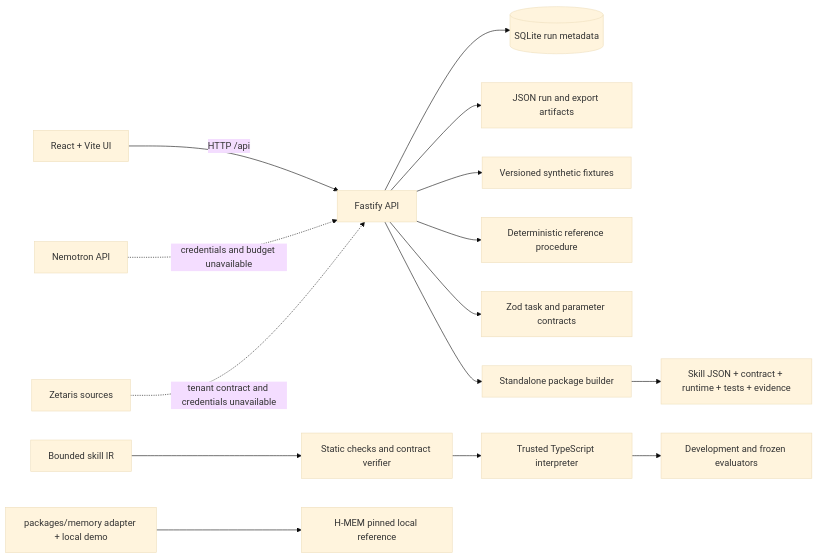
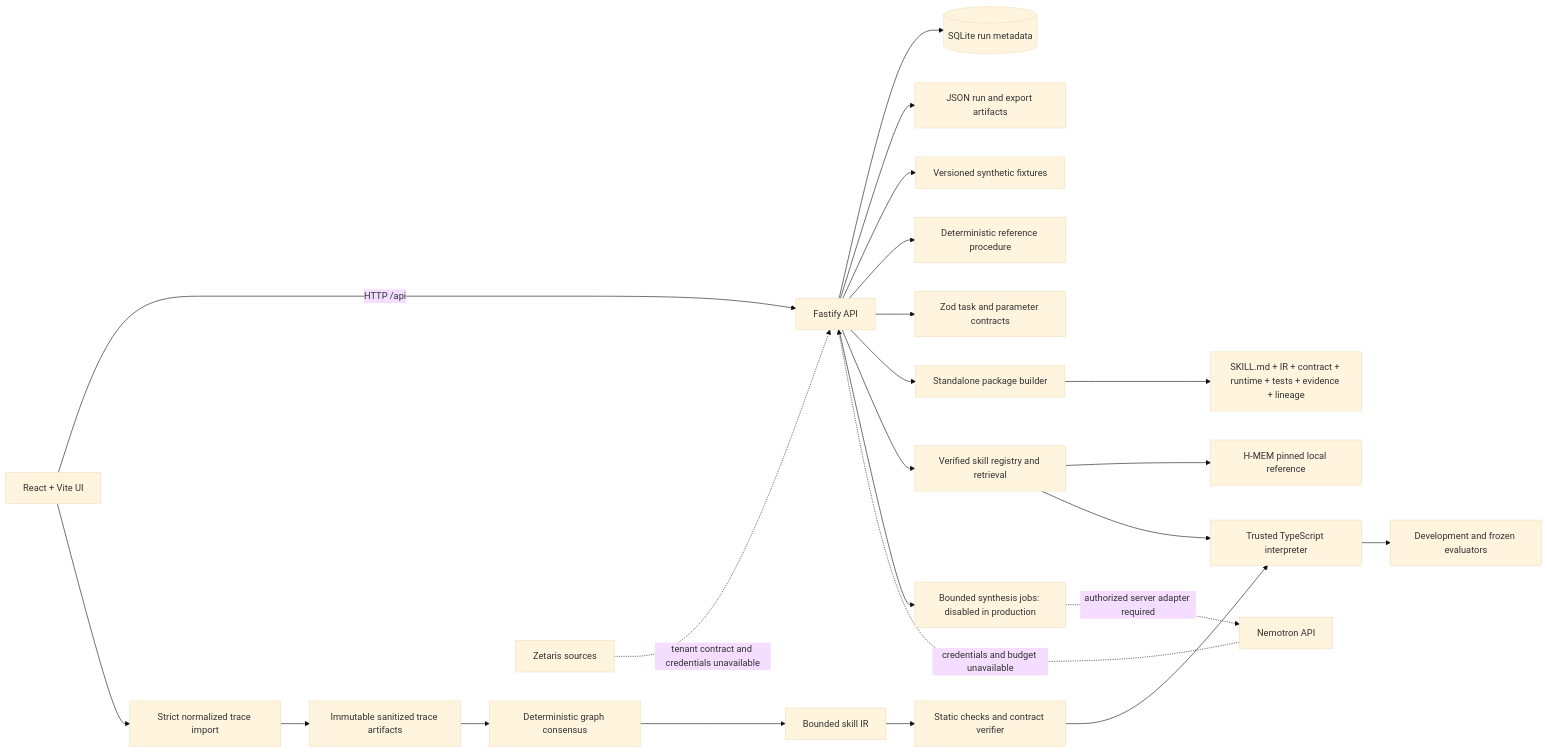
Before and after one commit to SS-360/ember-forge: the diagram in docs/architecture.md, drawn with Mermaid (base theme). The commit also changed other lines of this file and 88 other files, not shown here.

````diff
--- a/docs/architecture.md
+++ b/docs/architecture.md
@@ -5,17 +5,25 @@
 ```mermaid
 flowchart LR
   UI[React + Vite UI] -->|HTTP /api| API[Fastify API]
   API --> DB[(SQLite run metadata)]
   API --> ART[JSON run and export artifacts]
   API --> FIX[Versioned synthetic fixtures]
   API --> ORACLE[Deterministic reference procedure]
   API --> CONTRACT[Zod task and parameter contracts]
+  UI --> IMPORT[Strict normalized trace import]
+  IMPORT --> TRACES[Immutable sanitized trace artifacts]
+  TRACES --> ASSEMBLY[Deterministic graph consensus]
+  ASSEMBLY --> CANDIDATE
   CANDIDATE[Bounded skill IR] --> VALIDATOR[Static checks and contract verifier]
   VALIDATOR --> RUNTIME[Trusted TypeScript interpreter]
   RUNTIME --> EVAL[Development and frozen evaluators]
   API --> EXPORT[Standalone package builder]
-  EXPORT --> PACKAGE[Skill JSON + contract + runtime + tests + evidence]
-  MEMORY[packages/memory adapter + local demo] --> HMEM[H-MEM pinned local reference]
+  EXPORT --> PACKAGE[SKILL.md + IR + contract + runtime + tests + evidence + lineage]
+  API --> MEMORY[Verified skill registry and retrieval]
+  MEMORY --> HMEM[H-MEM pinned local reference]
+  MEMORY --> RUNTIME
+  API --> JOBS[Bounded synthesis jobs: disabled in production]
+  JOBS -. authorized server adapter required .-> NEMOTRON
   NEMOTRON[Nemotron API] -. credentials and budget unavailable .-> API
   ZETARIS[Zetaris sources] -. tenant contract and credentials unavailable .-> API
 ```
````
